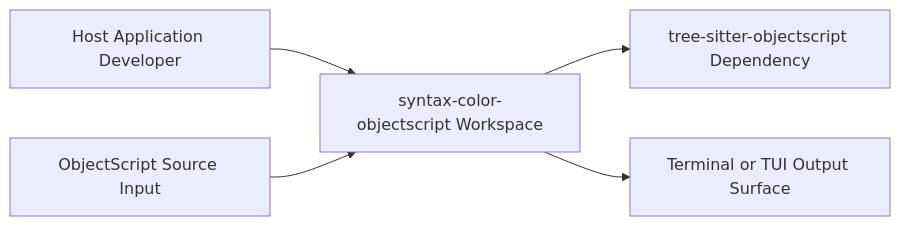
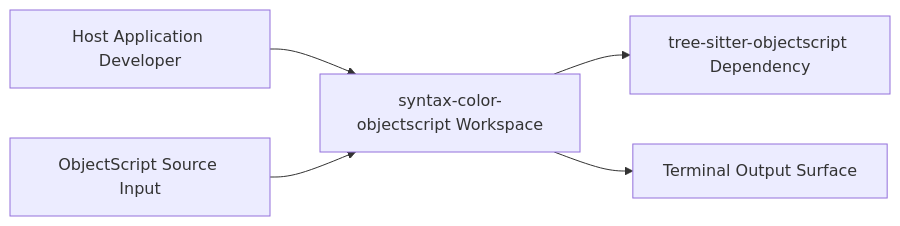
One commit to hkimura-intersys/syntax-color-objectscript changed the first of 4 diagrams in docs/c4.md. Above: the diagram before and after it, drawn with Mermaid. The commit also changed other lines of this file and 10 other files, not shown here.

````diff
--- a/docs/c4.md
+++ b/docs/c4.md
@@ -5,7 +5,7 @@
 ```mermaid
 flowchart LR
   integrator[Host Application Developer] --> system[syntax-color-objectscript Workspace]
   source[ObjectScript Source Input] --> system
   system --> treesitter[tree-sitter-objectscript Dependency]
-  system --> output[Terminal or TUI Output Surface]
+  system --> output[Terminal Output Surface]
 ```
````
